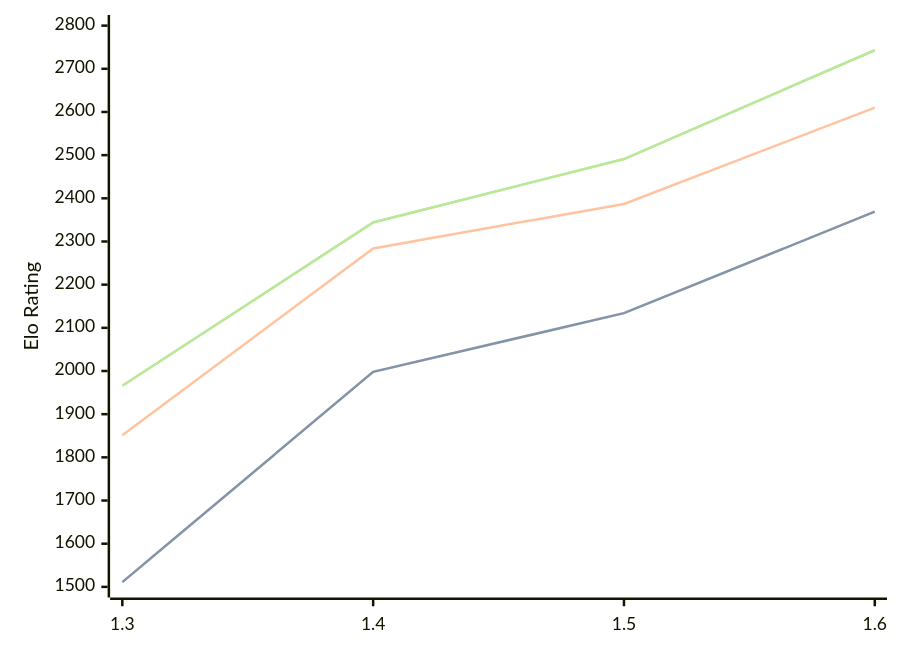
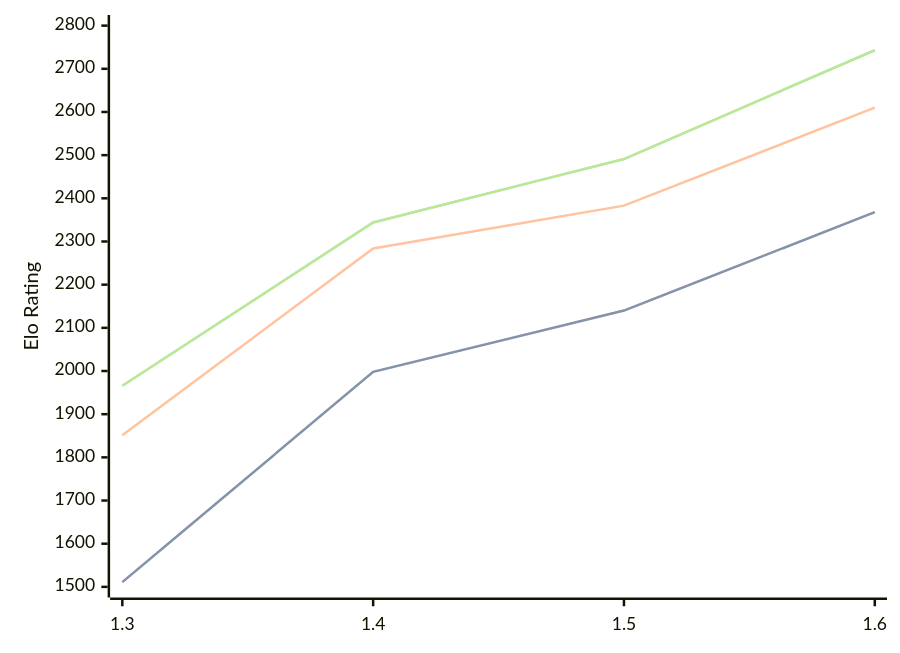
One commit to computer-chess-index/cci changed the diagram in engines/Facon.md. Above: the diagram before and after it, drawn with Mermaid. The commit also changed other lines of this file, not shown here.

````diff
--- a/engines/Facon.md
+++ b/engines/Facon.md
@@ -35,11 +35,11 @@
 ```mermaid
 %%{init: {"theme":"base","themeVariables":{"seriesColors:['#a3a3a3','#222221','#faa371']}}}%%
 xychart-beta
   x-axis ["1.3", "1.4", "1.5", "1.6"]
   y-axis "Elo Rating" 1500 --> 2800
-  line "STC (8.0+0.08s)" [1511, 1998, 2134, 2369]
-  line "STC (8.0+0.08s)" [1511, 1998, 2134, 2369]
-  line "LTC (60.0+0.60s)" [1851, 2284, 2387, 2610]
+  line "STC (8.0+0.08s)" [1511, 1998, 2140, 2368]
+  line "STC (8.0+0.08s)" [1511, 1998, 2140, 2368]
+  line "LTC (60.0+0.60s)" [1851, 2284, 2383, 2610]
   line "VLTC (2m24s+1.12s)" [1966, 2344, 2491, 2743]
   line "VLTC (2m24s+1.12s)" [1966, 2344, 2491, 2743]
 ```
````
